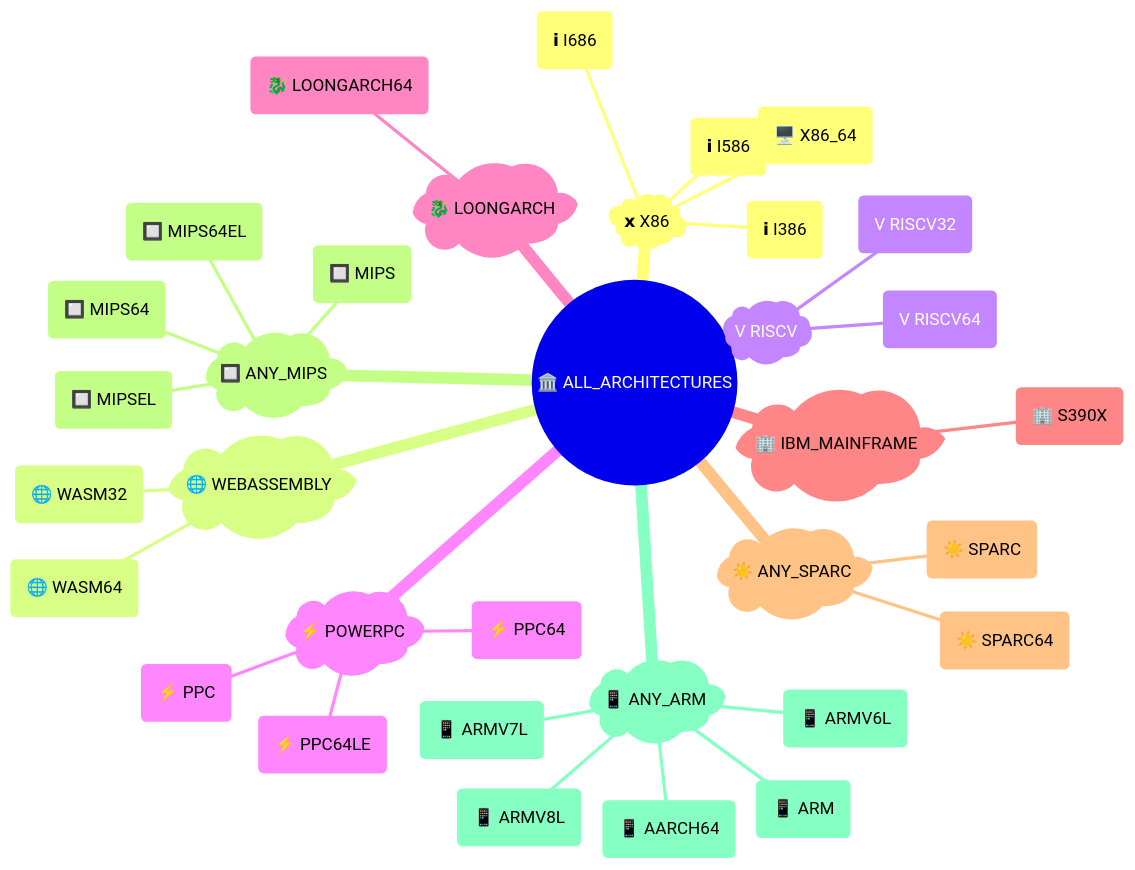
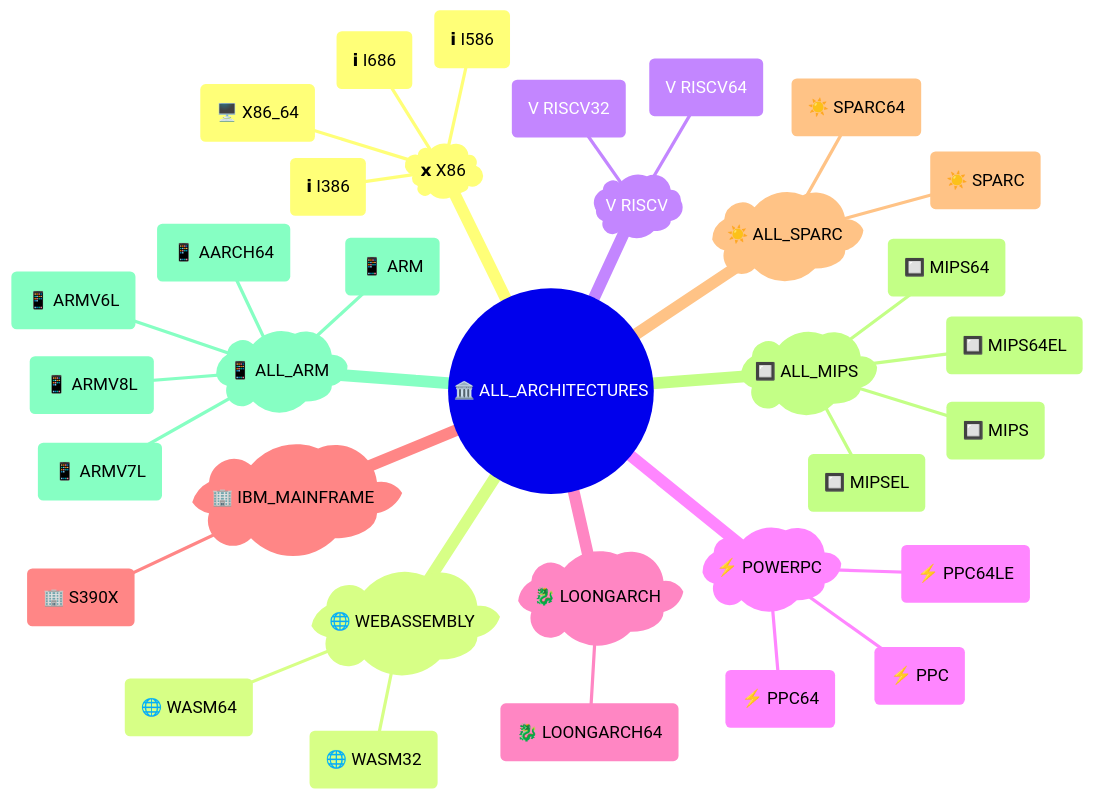
One commit to kdeldycke/extra-platforms changed the second of 4 diagrams in docs/architectures.md. Above: the diagram before and after it, drawn with Mermaid. The commit also changed other lines of this file and 20 other files, not shown here.

Commit message:
Rationalize ANY/ALL prefixes

````diff
--- a/docs/architectures.md
+++ b/docs/architectures.md
@@ -164,40 +164,40 @@
 ```mermaid
 ---
 config: {"mindmap": {"padding": 5}}
 ---
 mindmap
     ((🏛️ ALL_ARCHITECTURES))
         )𝘅 X86(
             (𝗶 I386)
             (𝗶 I586)
             (𝗶 I686)
             (🖥️ X86_64)
         )🌐 WEBASSEMBLY(
             (🌐 WASM32)
             (🌐 WASM64)
         )Ⅴ RISCV(
             (Ⅴ RISCV32)
             (Ⅴ RISCV64)
         )⚡ POWERPC(
             (⚡ PPC)
             (⚡ PPC64)
             (⚡ PPC64LE)
         )🐉 LOONGARCH(
             (🐉 LOONGARCH64)
         )🏢 IBM_MAINFRAME(
             (🏢 S390X)
-        )☀️ ANY_SPARC(
+        )☀️ ALL_SPARC(
             (☀️ SPARC)
             (☀️ SPARC64)
-        )🔲 ANY_MIPS(
+        )🔲 ALL_MIPS(
             (🔲 MIPS)
             (🔲 MIPS64)
             (🔲 MIPS64EL)
             (🔲 MIPSEL)
-        )📱 ANY_ARM(
+        )📱 ALL_ARM(
             (📱 AARCH64)
             (📱 ARM)
             (📱 ARMV6L)
             (📱 ARMV7L)
             (📱 ARMV8L)
 ```
````
